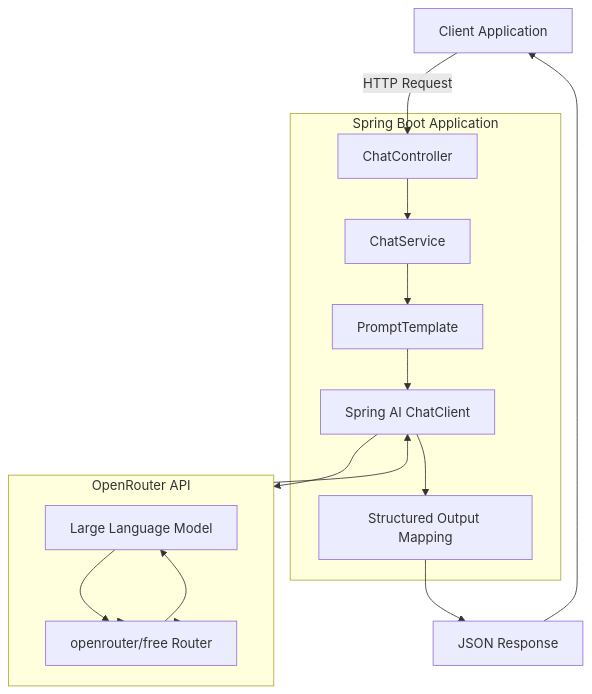
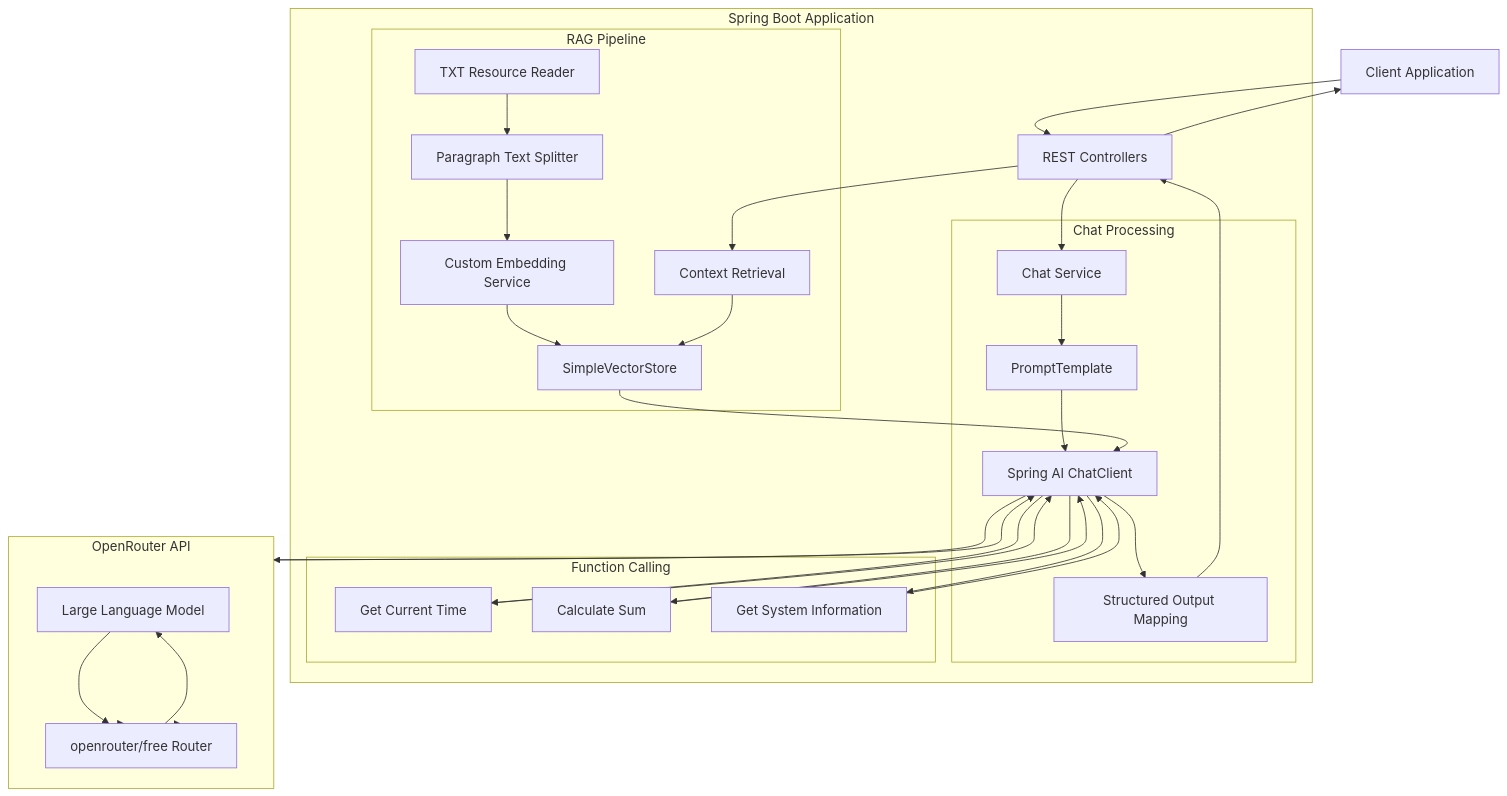
Before and after one commit to Evgen242/spring-ai-chat: the first of 5 diagrams in README.md, drawn with Mermaid. The commit also changed other lines of this file and 15 other files, not shown here.

First line of the commit message:
feat: Level 3 complete - RAG + Function Calling + JUnit tests

````diff
--- a/README.md
+++ b/README.md
@@ -77,33 +103,69 @@
 ```mermaid
 flowchart TD
     Client[Client Application]
 
     subgraph SpringBoot["Spring Boot Application"]
-        Controller[ChatController]
-        Service[ChatService]
-        Prompt[PromptTemplate]
-        AI[Spring AI ChatClient]
-        Parser[Structured Output Mapping]
+        Controller[REST Controllers]
+
+        subgraph Chat["Chat Processing"]
+            ChatService[Chat Service]
+            Prompt[PromptTemplate]
+            ChatClient[Spring AI ChatClient]
+            Parser[Structured Output Mapping]
+        end
+
+        subgraph RAG["RAG Pipeline"]
+            Reader[TXT Resource Reader]
+            Splitter[Paragraph Text Splitter]
+            Embedding[Custom Embedding Service]
+            VectorStore[SimpleVectorStore]
+            Retrieval[Context Retrieval]
+        end
+
+        subgraph Functions["Function Calling"]
+            TimeFunction[Get Current Time]
+            SumFunction[Calculate Sum]
+            SystemFunction[Get System Information]
+        end
     end
 
     subgraph OpenRouter["OpenRouter API"]
         Router[openrouter/free Router]
         LLM[Large Language Model]
     end
 
-    Response[JSON Response]
+    Client --> Controller
 
-    Client -->|HTTP Request| Controller
-    Controller --> Service
-    Service --> Prompt
-    Prompt --> AI
-    AI --> OpenRouter
+    Controller --> ChatService
+    Controller --> Retrieval
+
+    ChatService --> Prompt
+    Prompt --> ChatClient
+
+    Reader --> Splitter
+    Splitter --> Embedding
+    Embedding --> VectorStore
+
+    Retrieval --> VectorStore
+    VectorStore --> ChatClient
+
+    ChatClient --> OpenRouter
     OpenRouter --> Router
     Router --> LLM
+
     LLM --> Router
     Router --> OpenRouter
-    OpenRouter --> AI
-    AI --> Parser
-    Parser --> Response
-    Response --> Client
+    OpenRouter --> ChatClient
+
+    ChatClient --> Parser
+    ChatClient --> TimeFunction
+    ChatClient --> SumFunction
+    ChatClient --> SystemFunction
+
+    Parser --> Controller
+    TimeFunction --> ChatClient
+    SumFunction --> ChatClient
+    SystemFunction --> ChatClient
+
+    Controller --> Client
 ```
````
